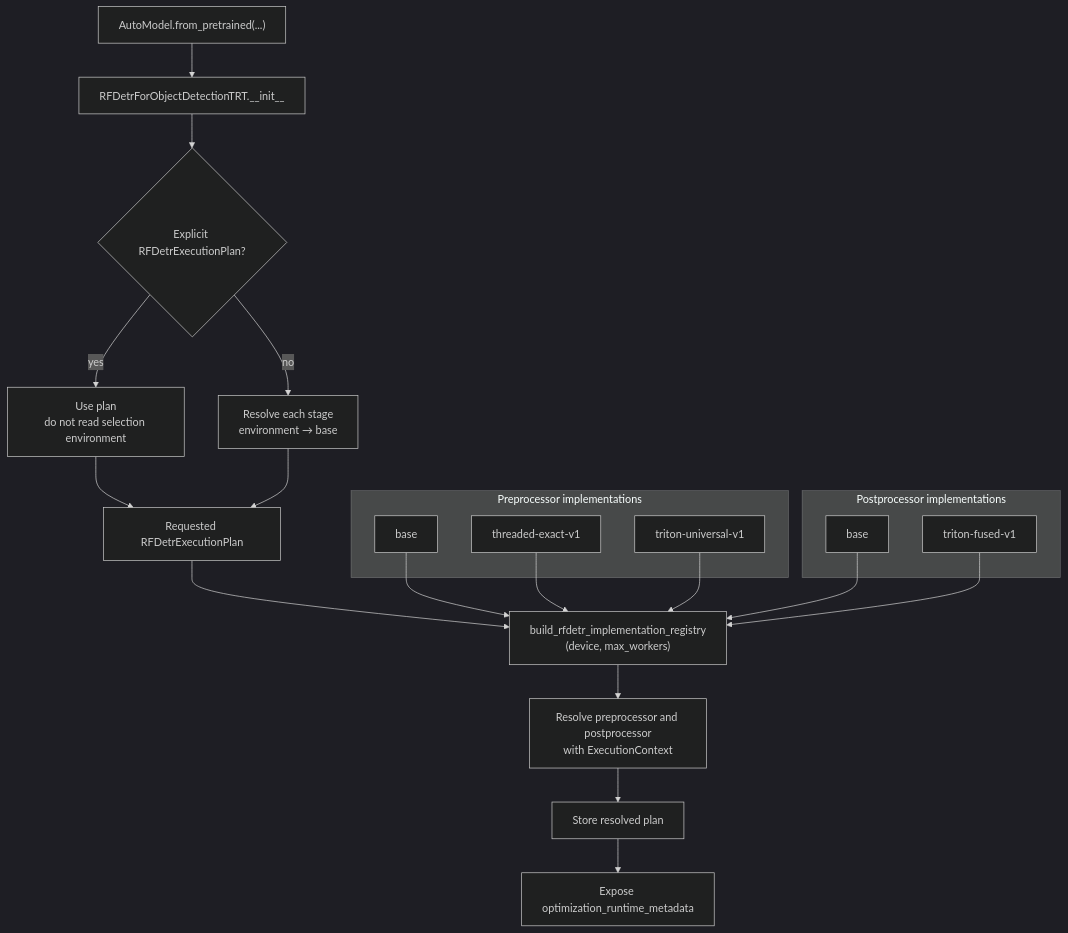
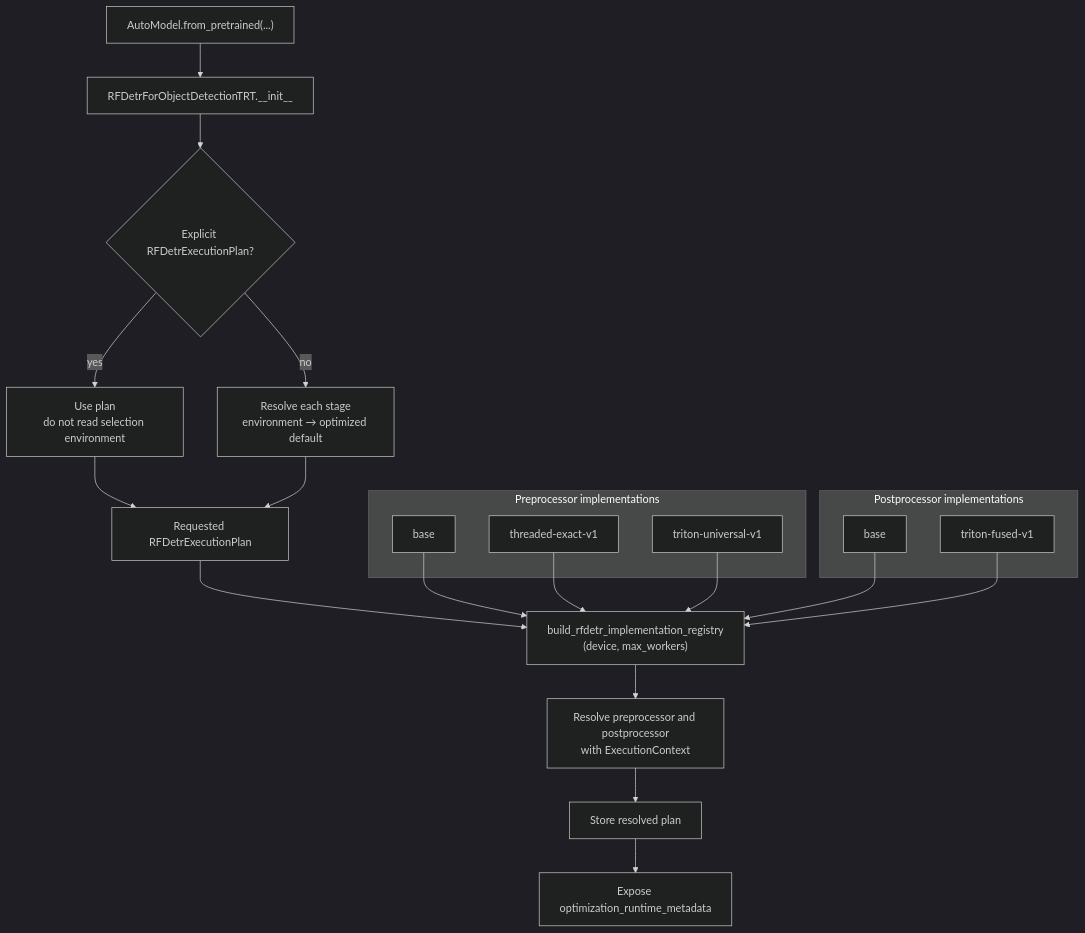
Before and after one commit to roboflow/inference: the second of 3 diagrams in inference_models/docs/contributors/inference-path-optimization-architecture.md, drawn with Mermaid (dark theme). The commit also changed other lines of this file and 7 other files, not shown here.

````diff
--- a/inference_models/docs/contributors/inference-path-optimization-architecture.md
+++ b/inference_models/docs/contributors/inference-path-optimization-architecture.md
@@ -136,32 +136,32 @@
 ```mermaid
 flowchart TD
     load["AutoModel.from_pretrained(...)"] --> init["RFDetrForObjectDetectionTRT.__init__"]
     init --> explicit{"Explicit RFDetrExecutionPlan?"}
     explicit -->|yes| use_plan["Use plan<br/>do not read selection environment"]
-    explicit -->|no| precedence["Resolve each stage<br/>environment → base"]
+    explicit -->|no| precedence["Resolve each stage<br/>environment → optimized default"]
     use_plan --> requested["Requested RFDetrExecutionPlan"]
     precedence --> requested
 
     requested --> build["build_rfdetr_implementation_registry<br/>(device, max_workers)"]
 
     subgraph preprocessors["Preprocessor implementations"]
         pre_base["base"]
         pre_threaded["threaded-exact-v1"]
         pre_triton["triton-universal-v1"]
     end
 
     subgraph postprocessors["Postprocessor implementations"]
         post_base["base"]
         post_triton["triton-fused-v1"]
     end
 
     pre_base --> build
     pre_threaded --> build
     pre_triton --> build
     post_base --> build
     post_triton --> build
 
     build --> resolve["Resolve preprocessor and postprocessor<br/>with ExecutionContext"]
     resolve --> store["Store resolved plan"]
     store --> metadata["Expose optimization_runtime_metadata"]
 ```
````
